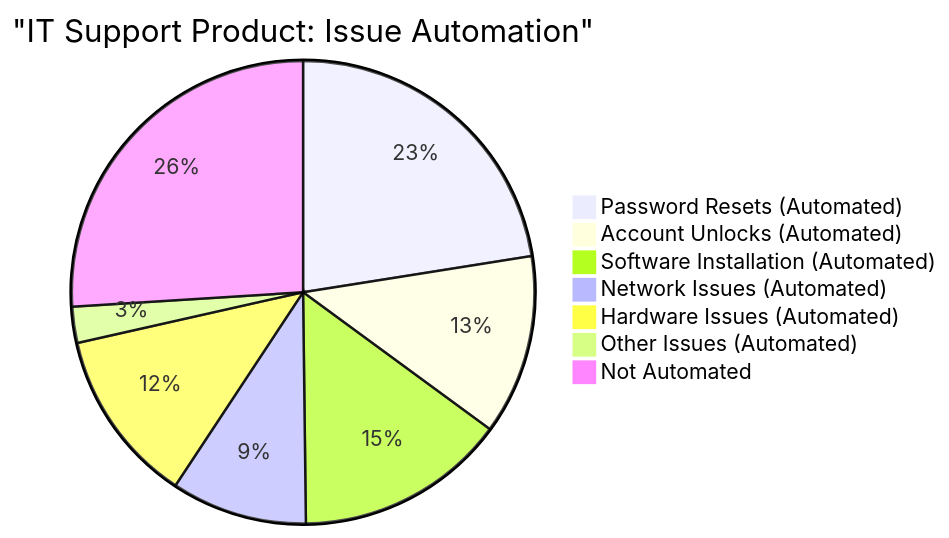
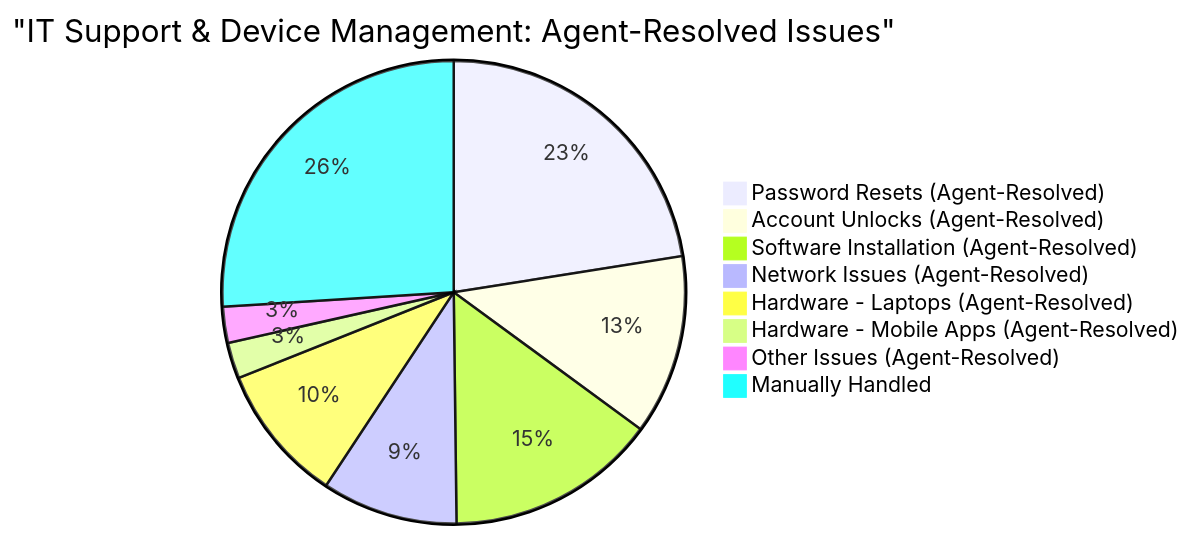
Diagram 15 of 21 in ME.ai_FDD_Impl Strategy & Business Value.md (ME-ai-agents/docs_prod), drawn with Mermaid before and after one commit. The commit also changed other lines of this file, not shown here.

````diff
--- a/ME.ai_FDD_Impl Strategy & Business Value.md
+++ b/ME.ai_FDD_Impl Strategy & Business Value.md
@@ -882,10 +846,11 @@
 ```mermaid
-pie title "IT Support Product: Issue Automation"
-    "Password Resets (Automated)" : 13950
-    "Account Unlocks (Automated)" : 7790
-    "Software Installation (Automated)" : 9140
-    "Network Issues (Automated)" : 5880
-    "Hardware Issues (Automated)" : 7560
-    "Other Issues (Automated)" : 1560
-    "Not Automated" : 16120
+pie title "IT Support & Device Management: Agent-Resolved Issues"
+    "Password Resets (Agent-Resolved)" : 13950
+    "Account Unlocks (Agent-Resolved)" : 7790
+    "Software Installation (Agent-Resolved)" : 9140
+    "Network Issues (Agent-Resolved)" : 5880
+    "Hardware - Laptops (Agent-Resolved)" : 6000
+    "Hardware - Mobile Apps (Agent-Resolved)" : 1560
+    "Other Issues (Agent-Resolved)" : 1560
+    "Manually Handled" : 16120
 ```
````
